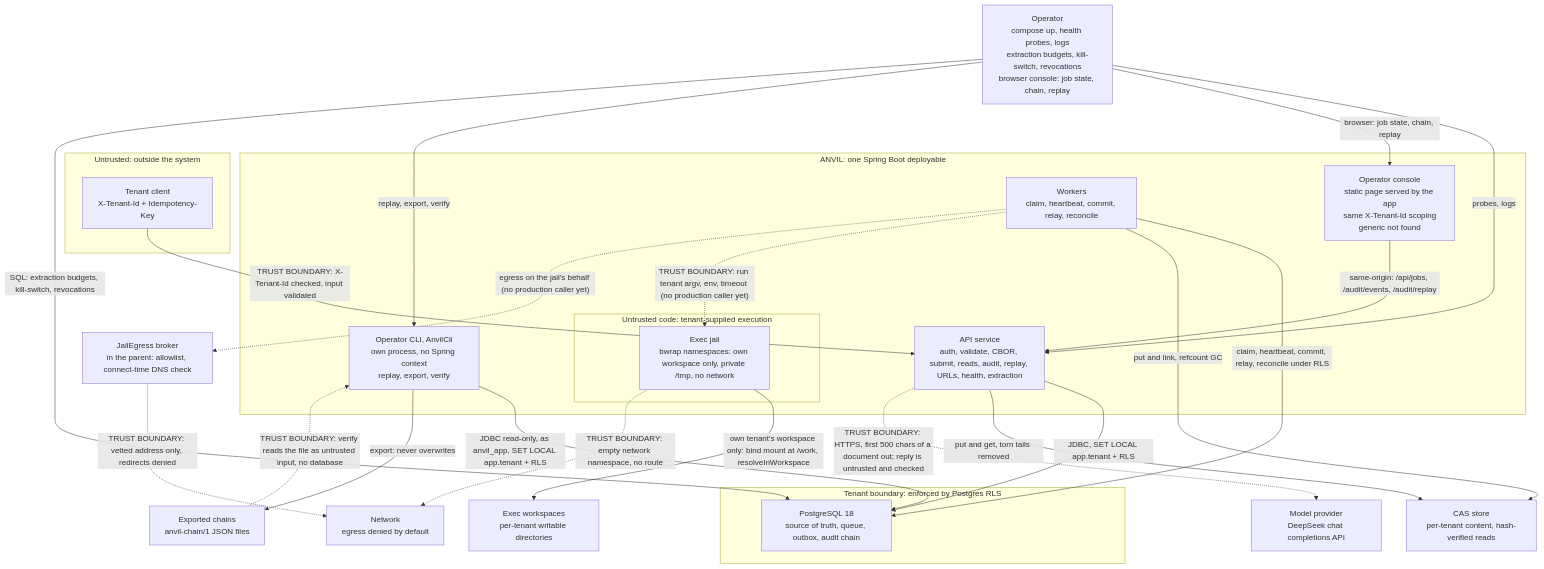
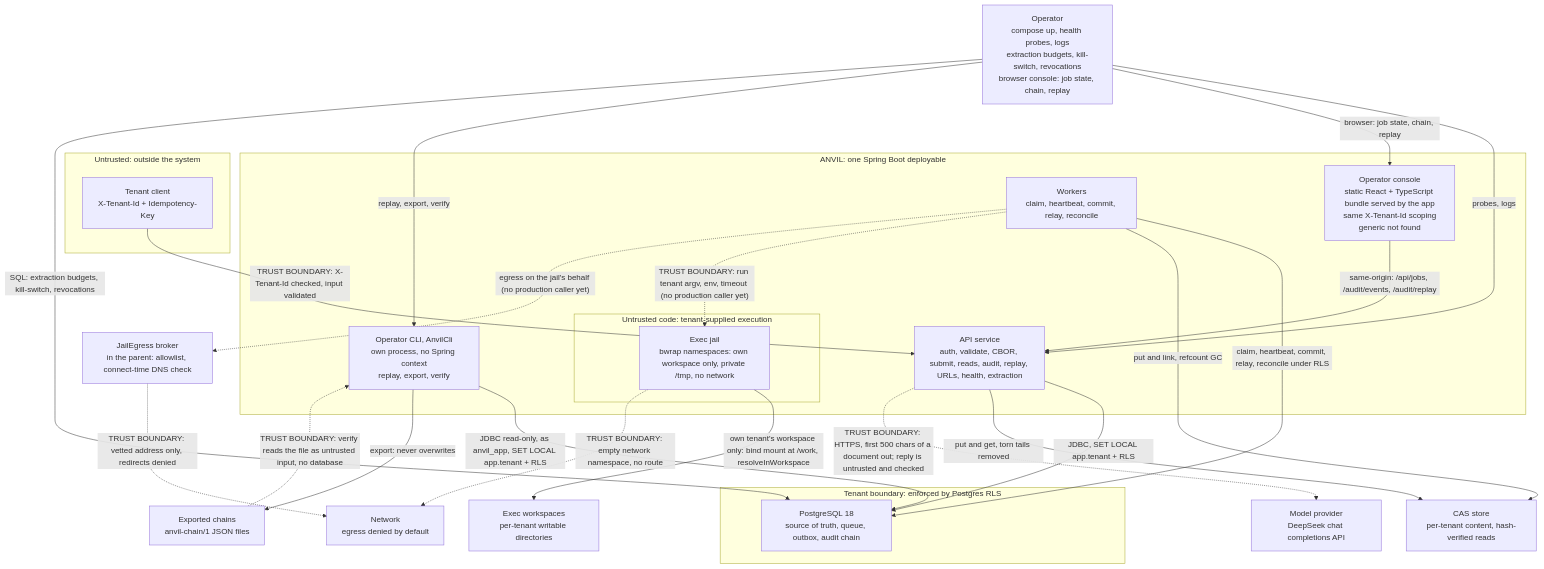
One commit to G1DO/anvil changed the diagram in docs/architecture/containers.mmd. Above: the diagram before and after it, drawn with Mermaid. The commit also changed 43 other files, not shown here.

Commit message:
Fix replay checkpoint integrity and rebuild the operator console

```diff
--- a/docs/architecture/containers.mmd
+++ b/docs/architecture/containers.mmd
@@ -1,42 +1,42 @@
 flowchart TB
     subgraph untrusted["Untrusted: outside the system"]
         tenantClient["Tenant client<br/>X-Tenant-Id + Idempotency-Key"]
     end
     operator["Operator<br/>compose up, health probes, logs<br/>extraction budgets, kill-switch, revocations<br/>browser console: job state, chain, replay"]
     subgraph anvil["ANVIL: one Spring Boot deployable"]
         api["API service<br/>auth, validate, CBOR, submit, reads, audit, replay, URLs, health, extraction"]
-        console["Operator console<br/>static page served by the app<br/>same X-Tenant-Id scoping<br/>generic not found"]
+        console["Operator console<br/>static React + TypeScript bundle served by the app<br/>same X-Tenant-Id scoping<br/>generic not found"]
         workers["Workers<br/>claim, heartbeat, commit, relay, reconcile"]
         cli["Operator CLI, AnvilCli<br/>own process, no Spring context<br/>replay, export, verify"]
         subgraph jailZone["Untrusted code: tenant-supplied execution"]
             jail["Exec jail<br/>bwrap namespaces: own workspace only, private /tmp, no network"]
         end
     end
     subgraph tenantData["Tenant boundary: enforced by Postgres RLS"]
         postgres["PostgreSQL 18<br/>source of truth, queue, outbox, audit chain"]
     end
     casStore["CAS store<br/>per-tenant content, hash-verified reads"]
     execWorkspaces["Exec workspaces<br/>per-tenant writable directories"]
     network["Network<br/>egress denied by default"]
     llm["Model provider<br/>DeepSeek chat completions API"]
     exports["Exported chains<br/>anvil-chain/1 JSON files"]
     broker["JailEgress broker<br/>in the parent: allowlist, connect-time DNS check"]
     tenantClient -->|"TRUST BOUNDARY: X-Tenant-Id checked, input validated"| api
     operator -->|probes, logs| api
     operator -->|"browser: job state, chain, replay"| console
     console -->|"same-origin: /api/jobs, /audit/events, /audit/replay"| api
     operator -->|"replay, export, verify"| cli
     cli -->|"JDBC read-only, as anvil_app, SET LOCAL app.tenant + RLS"| postgres
     cli -->|"export: never overwrites"| exports
     exports -.->|"TRUST BOUNDARY: verify reads the file as untrusted input, no database"| cli
     operator -->|"SQL: extraction budgets, kill-switch, revocations"| postgres
     api -->|"JDBC, SET LOCAL app.tenant + RLS"| postgres
     workers -->|"claim, heartbeat, commit, relay, reconcile under RLS"| postgres
     api -->|put and get, torn tails removed| casStore
     api -.->|"TRUST BOUNDARY: HTTPS, first 500 chars of a document out; reply is untrusted and checked"| llm
     workers -->|put and link, refcount GC| casStore
     workers -.->|"TRUST BOUNDARY: run tenant argv, env, timeout (no production caller yet)"| jail
     jail -->|"own tenant's workspace only: bind mount at /work, resolveInWorkspace"| execWorkspaces
     jail -.->|"TRUST BOUNDARY: empty network namespace, no route"| network
     workers -.->|"egress on the jail's behalf (no production caller yet)"| broker
     broker -.->|"TRUST BOUNDARY: vetted address only, redirects denied"| network
```
